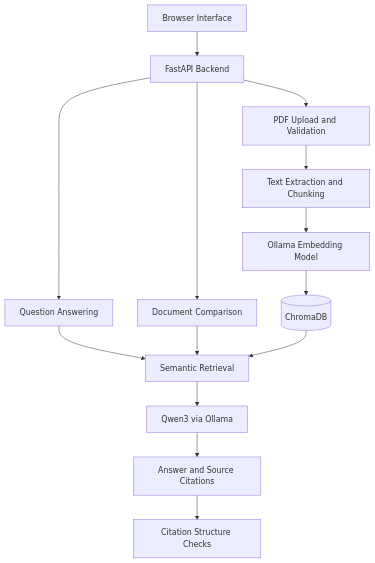
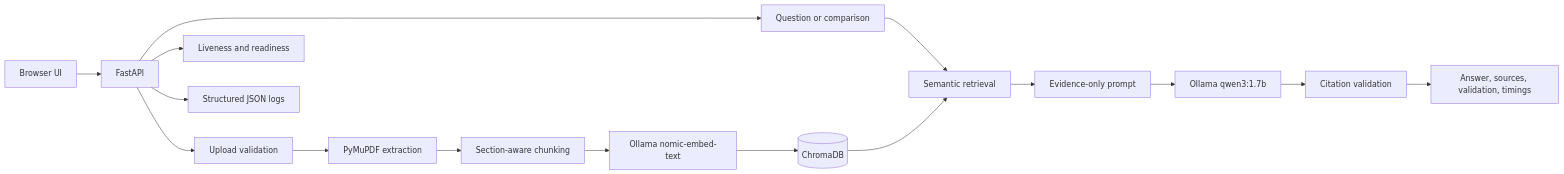
Before and after one commit to Rohan-HC/Nasa-Mars_RAG: the diagram in README.md, drawn with Mermaid. The commit also changed other lines of this file, not shown here.

Commit message:
docs: publish NASA RAG architecture and verified results

````diff
--- a/README.md
+++ b/README.md
@@ -36,20 +29,21 @@
 ```mermaid
-flowchart TD
-    A[Browser Interface] --> B[FastAPI Backend]
+flowchart LR
+    UI[Browser UI] --> API[FastAPI]
 
-    B --> C[PDF Upload and Validation]
-    C --> D[Text Extraction and Chunking]
-    D --> E[Ollama Embedding Model]
-    E --> F[(ChromaDB)]
+    API --> UPLOAD[Upload validation]
+    UPLOAD --> PDF[PyMuPDF extraction]
+    PDF --> CHUNK[Section-aware chunking]
+    CHUNK --> EMBED[Ollama nomic-embed-text]
+    EMBED --> DB[(ChromaDB)]
 
-    B --> G[Question Answering]
-    B --> H[Document Comparison]
+    API --> QUERY[Question or comparison]
+    QUERY --> RETRIEVE[Semantic retrieval]
+    DB --> RETRIEVE
+    RETRIEVE --> PROMPT[Evidence-only prompt]
+    PROMPT --> LLM[Ollama qwen3:1.7b]
+    LLM --> VALIDATE[Citation validation]
+    VALIDATE --> RESPONSE[Answer, sources, validation, timings]
 
-    G --> I[Semantic Retrieval]
-    H --> I
-    F --> I
-
-    I --> J[Qwen3 via Ollama]
-    J --> K[Answer and Source Citations]
-    K --> L[Citation Structure Checks]
+    API --> HEALTH[Liveness and readiness]
+    API --> LOGS[Structured JSON logs]
 ```
````
